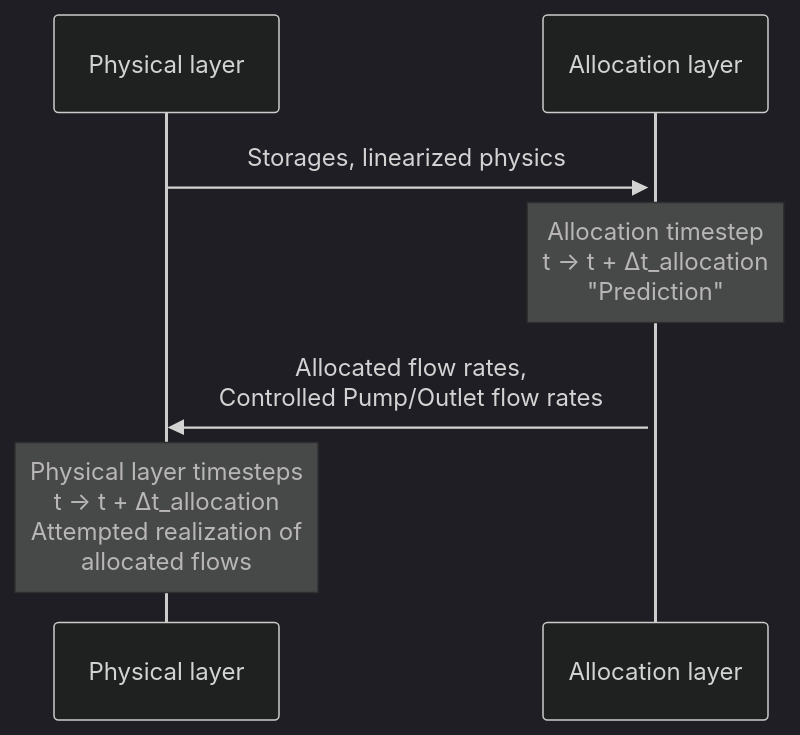
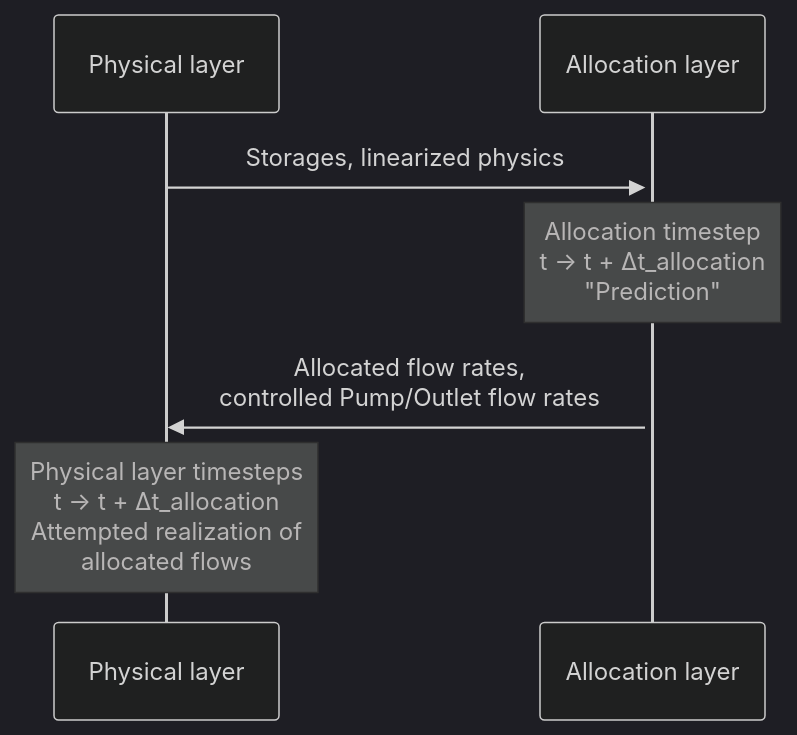
One commit to Deltares/Ribasim changed the diagram in docs/concept/allocation.qmd. Above: the diagram before and after it, drawn with Mermaid (dark theme).

````diff
--- a/docs/concept/allocation.qmd
+++ b/docs/concept/allocation.qmd
@@ -8,7 +8,7 @@
 ```{mermaid}
 sequenceDiagram
     Physical layer->>+ Allocation layer: Storages, linearized physics
     Note over Allocation layer: Allocation timestep <br/> t → t + Δt_allocation <br/> "Prediction"
-    Allocation layer->> Physical layer: Allocated flow rates, <br/> Controlled Pump/Outlet flow rates
+    Allocation layer->> Physical layer: Allocated flow rates, <br/> controlled Pump/Outlet flow rates
     Note over Physical layer: Physical layer timesteps <br/> t → t + Δt_allocation <br/> Attempted realization of <br/> allocated flows
 ```
````
